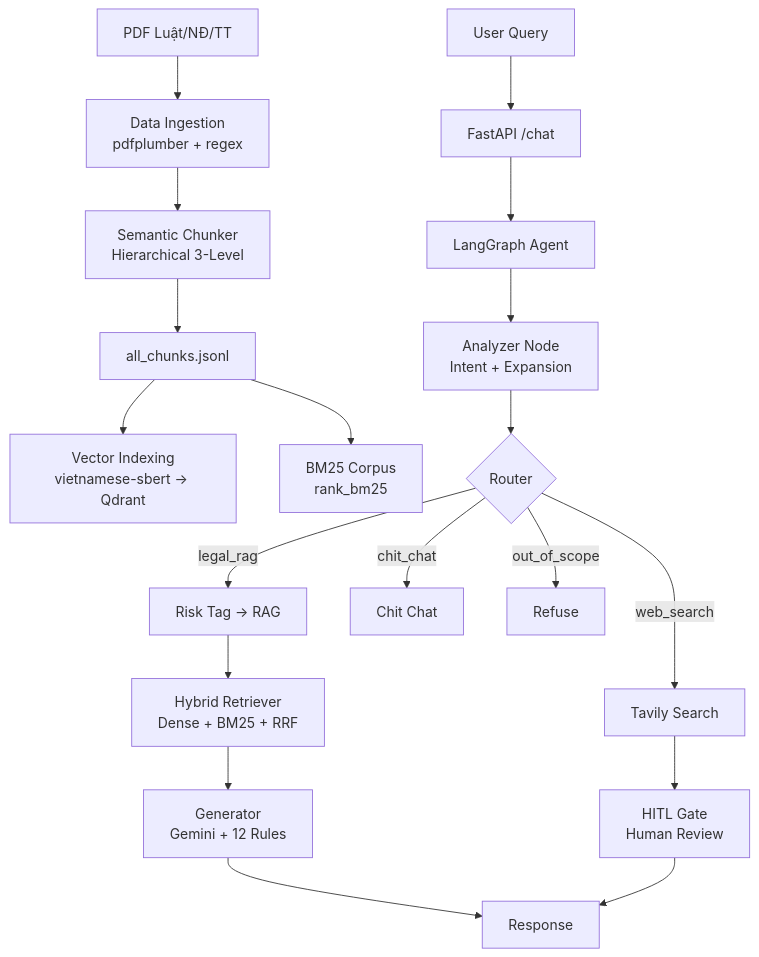
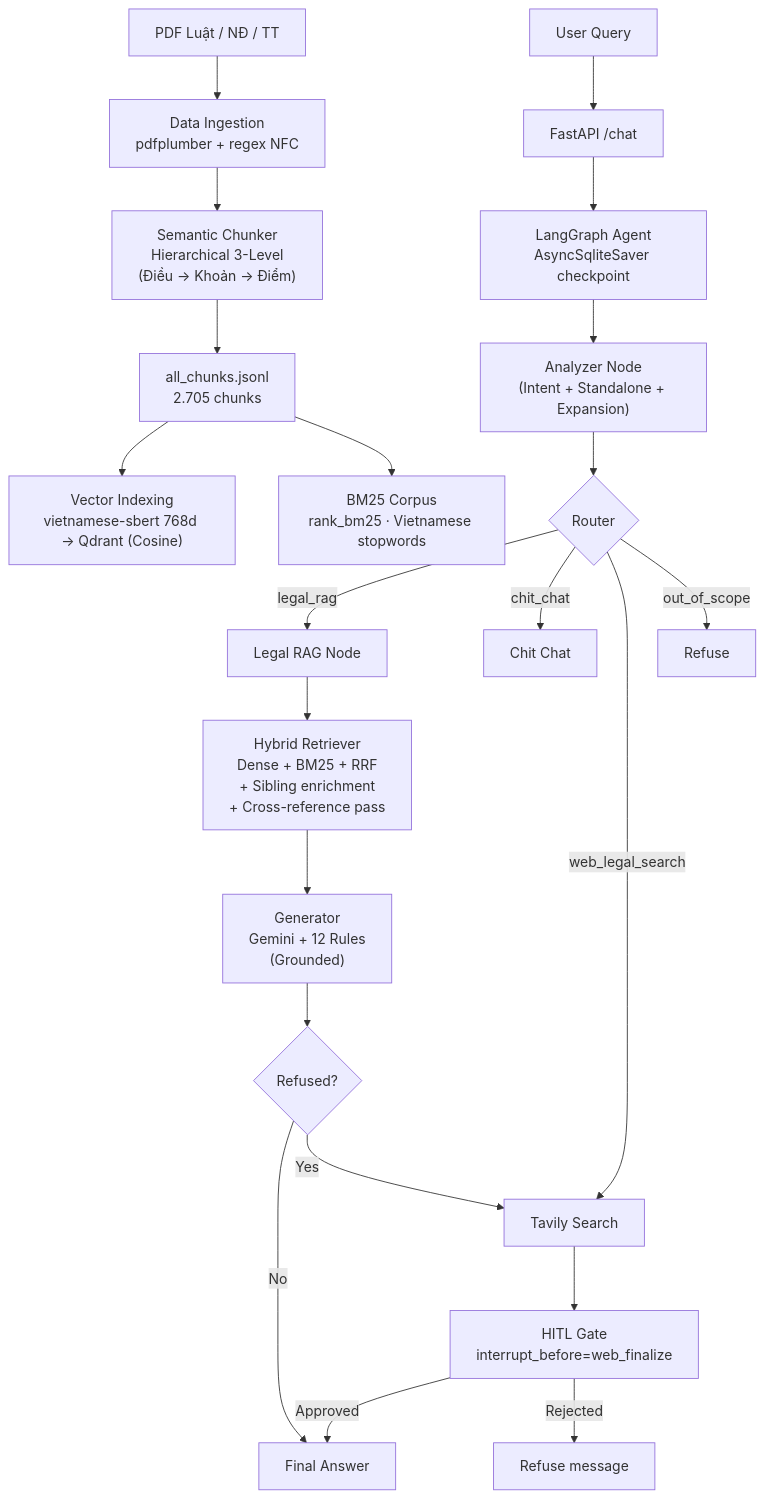
The first of 4 diagrams in doc/bao_cao_he_thong.md (MacPhuPhong/TRAFFIC_LAW_LLM_RAG_AGENTIC), drawn with Mermaid before and after one commit. The commit also changed other lines of this file and 3 other files, not shown here.

````diff
--- a/doc/bao_cao_he_thong.md
+++ b/doc/bao_cao_he_thong.md
@@ -25,24 +29,27 @@
 ```mermaid
 graph TD
-    A["PDF Luật/NĐ/TT"] --> B["Data Ingestion<br>pdfplumber + regex"]
-    B --> C["Semantic Chunker<br>Hierarchical 3-Level"]
-    C --> D["all_chunks.jsonl"]
-    D --> E["Vector Indexing<br>vietnamese-sbert → Qdrant"]
-    D --> F["BM25 Corpus<br>rank_bm25"]
-    
+    A["PDF Luật / NĐ / TT"] --> B["Data Ingestion<br>pdfplumber + regex NFC"]
+    B --> C["Semantic Chunker<br>Hierarchical 3-Level<br>(Điều → Khoản → Điểm)"]
+    C --> D["all_chunks.jsonl<br>2.705 chunks"]
+    D --> E["Vector Indexing<br>vietnamese-sbert 768d → Qdrant (Cosine)"]
+    D --> F["BM25 Corpus<br>rank_bm25 · Vietnamese stopwords"]
+
     G["User Query"] --> H["FastAPI /chat"]
-    H --> I["LangGraph Agent"]
-    I --> J["Analyzer Node<br>Intent + Expansion"]
+    H --> I["LangGraph Agent<br>AsyncSqliteSaver checkpoint"]
+    I --> J["Analyzer Node<br>(Intent + Standalone + Expansion)"]
     J --> K{"Router"}
-    K -->|legal_rag| L["Risk Tag → RAG"]
+    K -->|legal_rag| L["Legal RAG Node"]
     K -->|chit_chat| M["Chit Chat"]
-    K -->|web_search| N["Tavily Search"]
+    K -->|web_legal_search| N["Tavily Search"]
     K -->|out_of_scope| O["Refuse"]
-    
-    L --> P["Hybrid Retriever<br>Dense + BM25 + RRF"]
-    P --> Q["Generator<br>Gemini + 12 Rules"]
-    Q --> R["Response"]
-    
-    N --> S["HITL Gate<br>Human Review"]
-    S --> R
+
+    L --> P["Hybrid Retriever<br>Dense + BM25 + RRF<br>+ Sibling enrichment<br>+ Cross-reference pass"]
+    P --> Q["Generator<br>Gemini + 12 Rules<br>(Grounded)"]
+    Q --> R{"Refused?"}
+    R -->|No| Z["Final Answer"]
+    R -->|Yes| N
+
+    N --> S["HITL Gate<br>interrupt_before=web_finalize"]
+    S -->|Approved| Z
+    S -->|Rejected| Y["Refuse message"]
 ```
````
